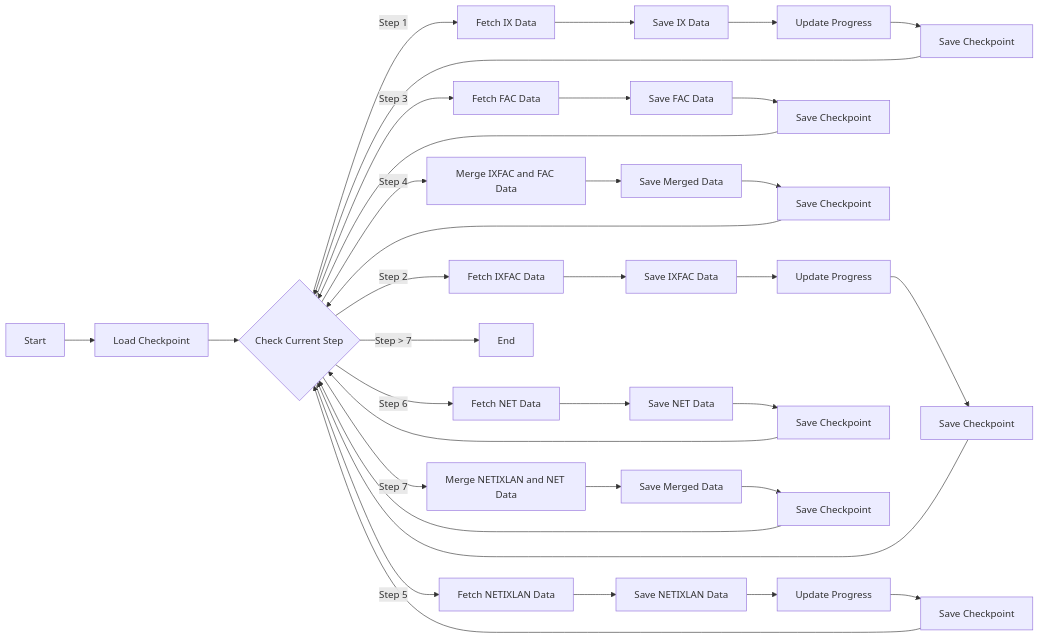
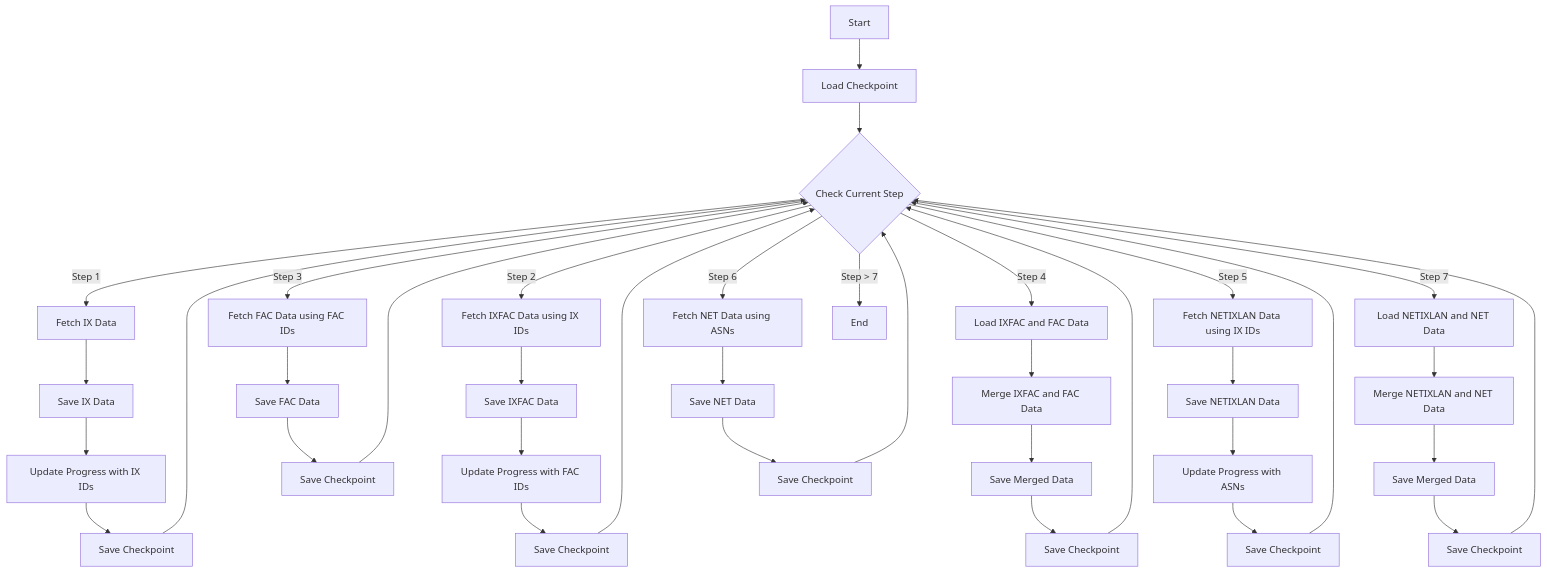
Before and after one commit to ibebrasil/ix.br-network-traffic-capacity-analysis: the second of 2 diagrams in PROJECT.md, drawn with Mermaid. The commit also changed other lines of this file, not shown here.

Commit message:
feat: add detailed algorithm diagram and explanation

````diff
--- a/PROJECT.md
+++ b/PROJECT.md
@@ -31,45 +31,47 @@
 ```mermaid
-graph LR
+graph TD
     A[Start] --> B[Load Checkpoint]
     B --> C{Check Current Step}
     
     C -->|Step 1| D1[Fetch IX Data]
     D1 --> E1[Save IX Data]
-    E1 --> F1[Update Progress]
+    E1 --> F1[Update Progress with IX IDs]
     F1 --> G1[Save Checkpoint]
     G1 --> C
     
-    C -->|Step 2| D2[Fetch IXFAC Data]
+    C -->|Step 2| D2[Fetch IXFAC Data using IX IDs]
     D2 --> E2[Save IXFAC Data]
-    E2 --> F2[Update Progress]
+    E2 --> F2[Update Progress with FAC IDs]
     F2 --> G2[Save Checkpoint]
     G2 --> C
     
-    C -->|Step 3| D3[Fetch FAC Data]
+    C -->|Step 3| D3[Fetch FAC Data using FAC IDs]
     D3 --> E3[Save FAC Data]
     E3 --> F3[Save Checkpoint]
     F3 --> C
     
-    C -->|Step 4| D4[Merge IXFAC and FAC Data]
-    D4 --> E4[Save Merged Data]
-    E4 --> F4[Save Checkpoint]
-    F4 --> C
+    C -->|Step 4| D4[Load IXFAC and FAC Data]
+    D4 --> E4[Merge IXFAC and FAC Data]
+    E4 --> F4[Save Merged Data]
+    F4 --> G4[Save Checkpoint]
+    G4 --> C
     
-    C -->|Step 5| D5[Fetch NETIXLAN Data]
+    C -->|Step 5| D5[Fetch NETIXLAN Data using IX IDs]
     D5 --> E5[Save NETIXLAN Data]
-    E5 --> F5[Update Progress]
+    E5 --> F5[Update Progress with ASNs]
     F5 --> G5[Save Checkpoint]
     G5 --> C
     
-    C -->|Step 6| D6[Fetch NET Data]
+    C -->|Step 6| D6[Fetch NET Data using ASNs]
     D6 --> E6[Save NET Data]
     E6 --> F6[Save Checkpoint]
     F6 --> C
     
-    C -->|Step 7| D7[Merge NETIXLAN and NET Data]
-    D7 --> E7[Save Merged Data]
-    E7 --> F7[Save Checkpoint]
-    F7 --> C
+    C -->|Step 7| D7[Load NETIXLAN and NET Data]
+    D7 --> E7[Merge NETIXLAN and NET Data]
+    E7 --> F7[Save Merged Data]
+    F7 --> G7[Save Checkpoint]
+    G7 --> C
     
     C -->|Step > 7| Z[End]
 ```
````
